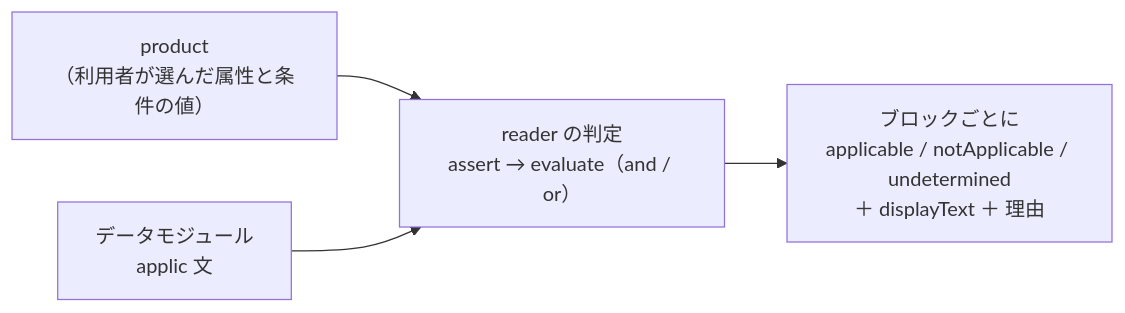
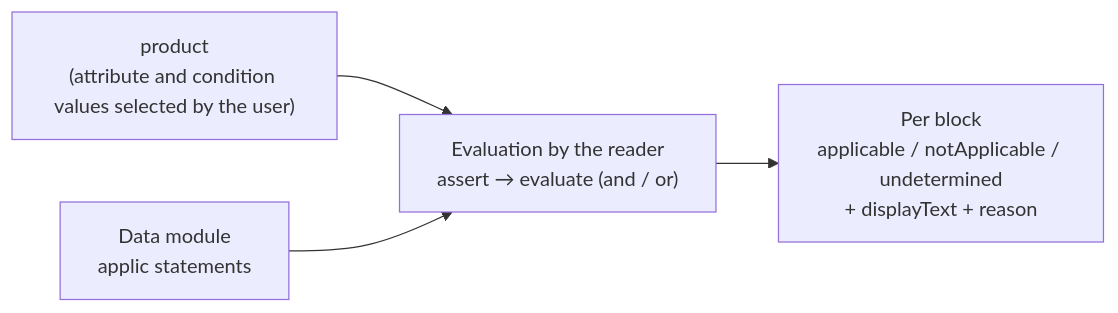
Before and after one commit to shuji-bonji/s1000d-stack: the second of 2 diagrams in site/src/content/docs/guide/applicability.md, drawn with Mermaid. The commit also changed other lines of this file and 35 other files, not shown here.

````diff
--- a/site/src/content/docs/guide/applicability.md
+++ b/site/src/content/docs/guide/applicability.md
@@ -54,6 +54,6 @@
 ```mermaid
 flowchart LR
-  P["product<br/>（利用者が選んだ属性と条件の値）"] --> EV
-  DM["データモジュール<br/>applic 文"] --> EV["reader の判定<br/>assert → evaluate（and / or）"]
-  EV --> R["ブロックごとに<br/>applicable / notApplicable / undetermined<br/>＋ displayText ＋ 理由"]
+  P["product<br/>(attribute and condition values selected by the user)"] --> EV
+  DM["Data module<br/>applic statements"] --> EV["Evaluation by the reader<br/>assert → evaluate (and / or)"]
+  EV --> R["Per block<br/>applicable / notApplicable / undetermined<br/>+ displayText + reason"]
 ```
````
